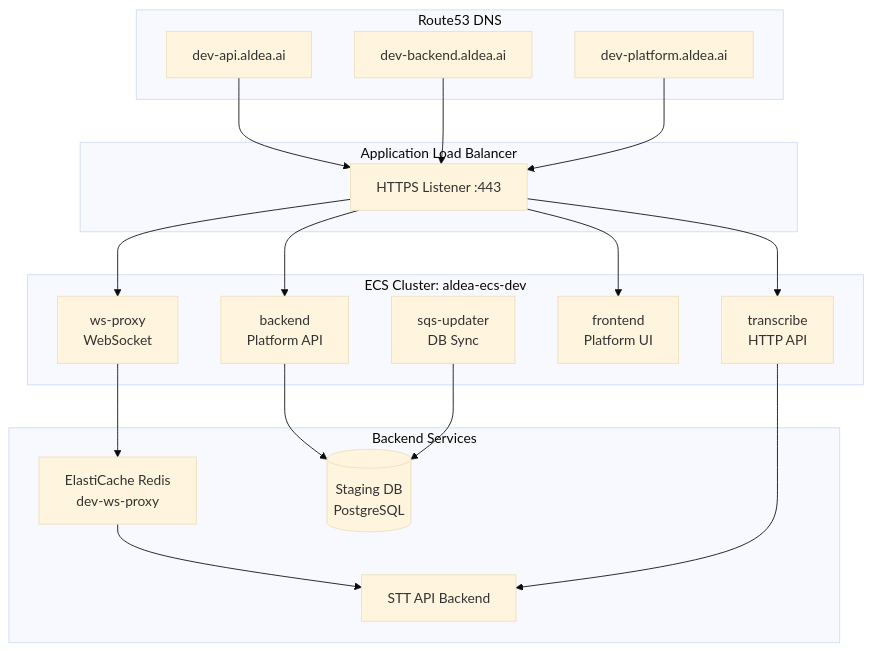
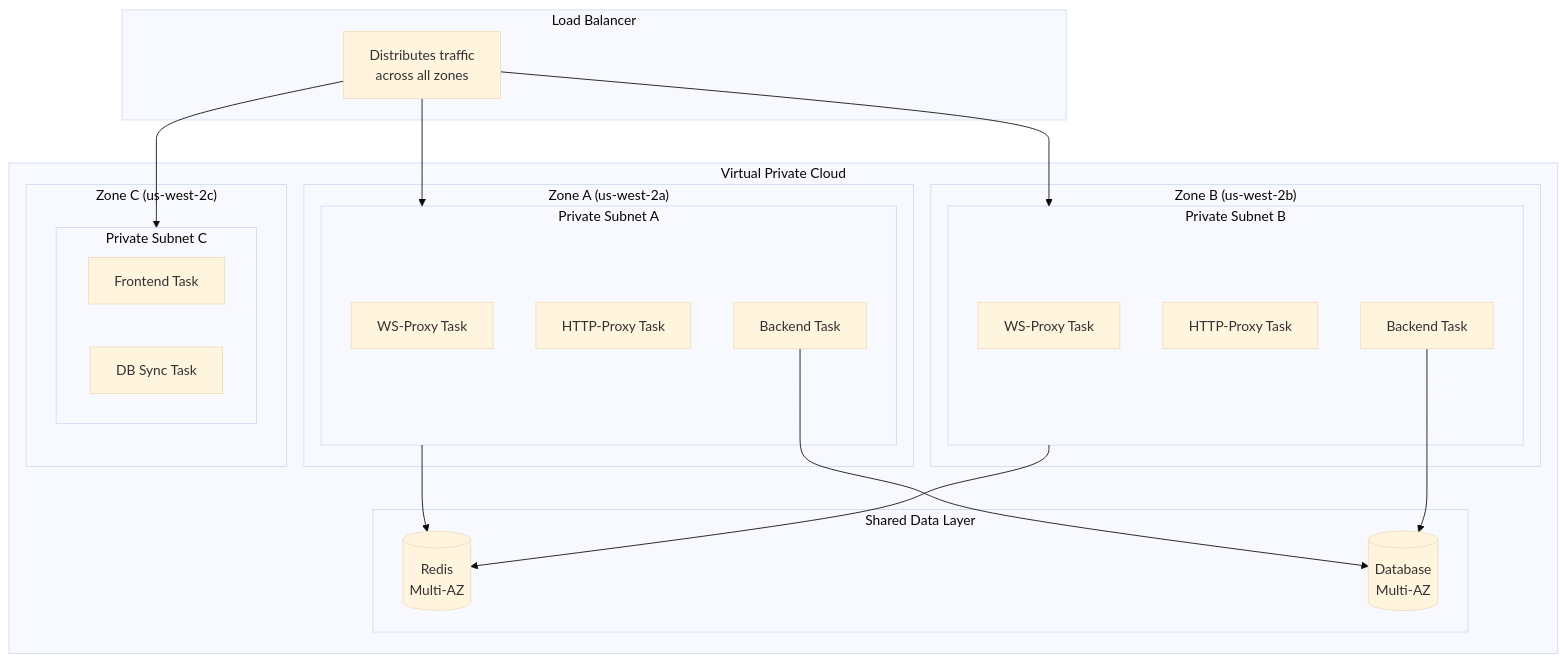
The third of 8 diagrams in diagrams/ecs-architecture.md (aldea-ai/infrastructure-docs), drawn with Mermaid (base theme) before and after one commit. The commit also changed other lines of this file and 3 other files, not shown here.

First line of the commit message:
Simplify diagrams for layman readability

````diff
--- a/diagrams/ecs-architecture.md
+++ b/diagrams/ecs-architecture.md
@@ -126,37 +83,40 @@
 ```mermaid
 flowchart TB
-    subgraph DNS["Route53 DNS"]
-        dev_api[dev-api.aldea.ai]
-        dev_backend[dev-backend.aldea.ai]
-        dev_platform[dev-platform.aldea.ai]
+    subgraph ALB["Load Balancer"]
+        LB[Distributes traffic<br/>across all zones]
     end
 
-    subgraph ALB["Application Load Balancer"]
-        DEV_LIS[HTTPS Listener :443]
+    subgraph VPC["Virtual Private Cloud"]
+        subgraph AZ_A["Zone A (us-west-2a)"]
+            subgraph SubA["Private Subnet A"]
+                WS_A[WS-Proxy Task]
+                HTTP_A[HTTP-Proxy Task]
+                BE_A[Backend Task]
+            end
+        end
+
+        subgraph AZ_B["Zone B (us-west-2b)"]
+            subgraph SubB["Private Subnet B"]
+                WS_B[WS-Proxy Task]
+                HTTP_B[HTTP-Proxy Task]
+                BE_B[Backend Task]
+            end
+        end
+
+        subgraph AZ_C["Zone C (us-west-2c)"]
+            subgraph SubC["Private Subnet C"]
+                FE_C[Frontend Task]
+                SQS_C[DB Sync Task]
+            end
+        end
+
+        subgraph Data["Shared Data Layer"]
+            REDIS[(Redis<br/>Multi-AZ)]
+            RDS[(Database<br/>Multi-AZ)]
+        end
     end
 
-    subgraph ECS["ECS Cluster: aldea-ecs-dev"]
-        WS[ws-proxy<br/>WebSocket]
-        TRANS[transcribe<br/>HTTP API]
-        BE_DEV[backend<br/>Platform API]
-        FE_DEV[frontend<br/>Platform UI]
-        SQS_DEV[sqs-updater<br/>DB Sync]
-    end
-
-    subgraph Backend["Backend Services"]
-        REDIS_DEV[ElastiCache Redis<br/>dev-ws-proxy]
-        STT_DEV[STT API Backend]
-        DB_DEV[(Staging DB<br/>PostgreSQL)]
-    end
-
-    dev_api --> DEV_LIS
-    dev_backend --> DEV_LIS
-    dev_platform --> DEV_LIS
-
-    DEV_LIS --> WS & TRANS & BE_DEV & FE_DEV
-
-    WS --> REDIS_DEV --> STT_DEV
-    TRANS --> STT_DEV
-    BE_DEV --> DB_DEV
-    SQS_DEV --> DB_DEV
+    LB --> SubA & SubB & SubC
+    SubA & SubB --> REDIS
+    BE_A & BE_B --> RDS
 ```
````
